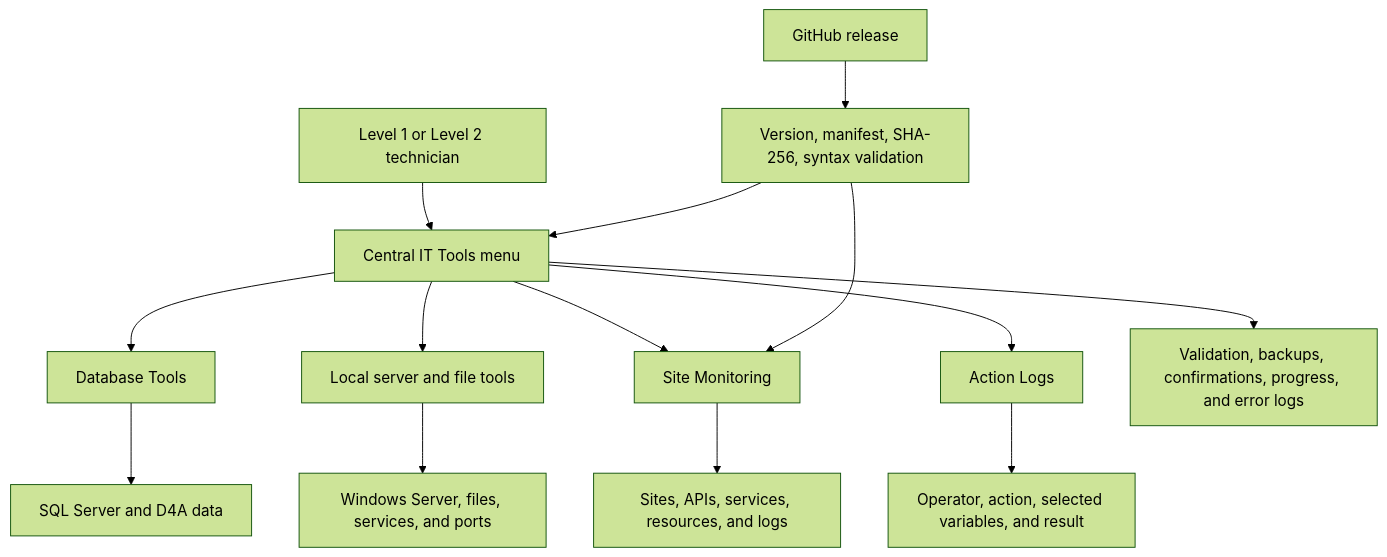
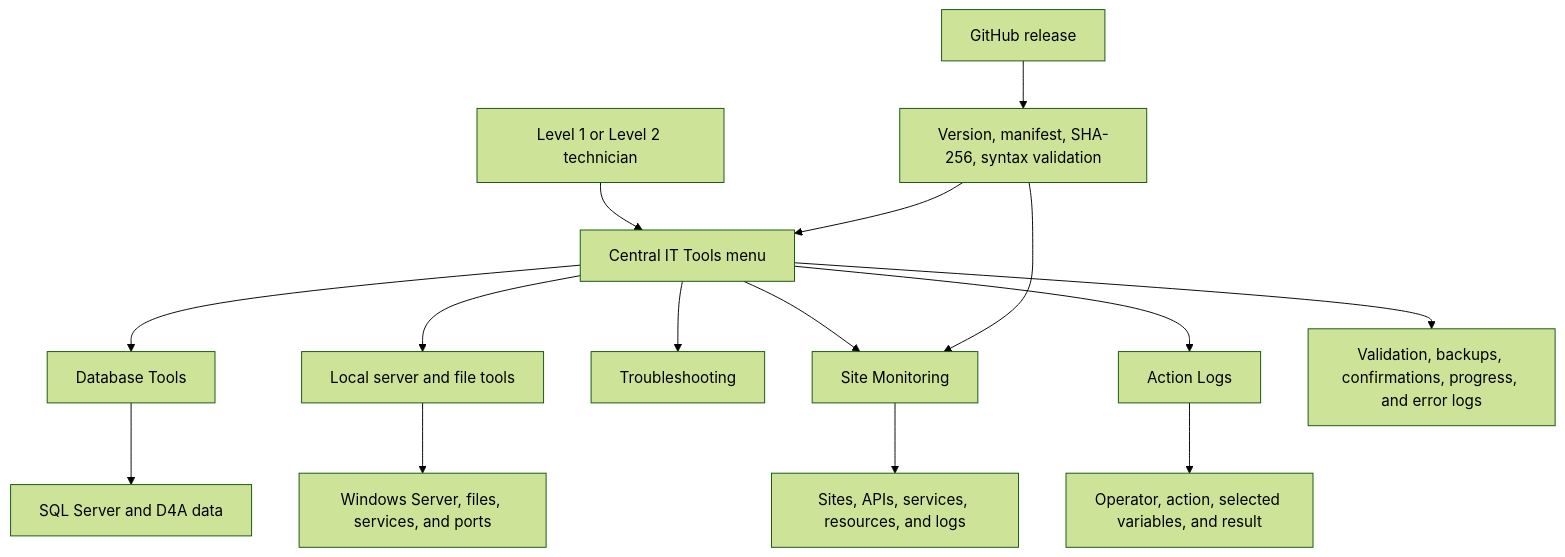
The first of 2 diagrams in docs/01-project-overview.md (Khaled-barbar/IT_Tools_DB_Management_Server_Tools), drawn with Mermaid (forest theme) before and after one commit. The commit also changed other lines of this file and 12 other files, not shown here.

````diff
--- a/docs/01-project-overview.md
+++ b/docs/01-project-overview.md
@@ -96,16 +97,17 @@
 ```mermaid
 flowchart TD
     User["Level 1 or Level 2 technician"] --> Main["Central IT Tools menu"]
     Main --> DB["Database Tools"]
     Main --> Server["Local server and file tools"]
+    Main --> Troubleshoot["Troubleshooting"]
     Main --> Monitor["Site Monitoring"]
     Main --> Logs["Action Logs"]
     DB --> SQL["SQL Server and D4A data"]
     Server --> Windows["Windows Server, files, services, and ports"]
     Monitor --> Checks["Sites, APIs, services, resources, and logs"]
     Main --> Safety["Validation, backups, confirmations, progress, and error logs"]
     Logs --> Audit["Operator, action, selected variables, and result"]
     Repo["GitHub release"] --> Update["Version, manifest, SHA-256, syntax validation"]
     Update --> Main
     Update --> Monitor
 ```
````
